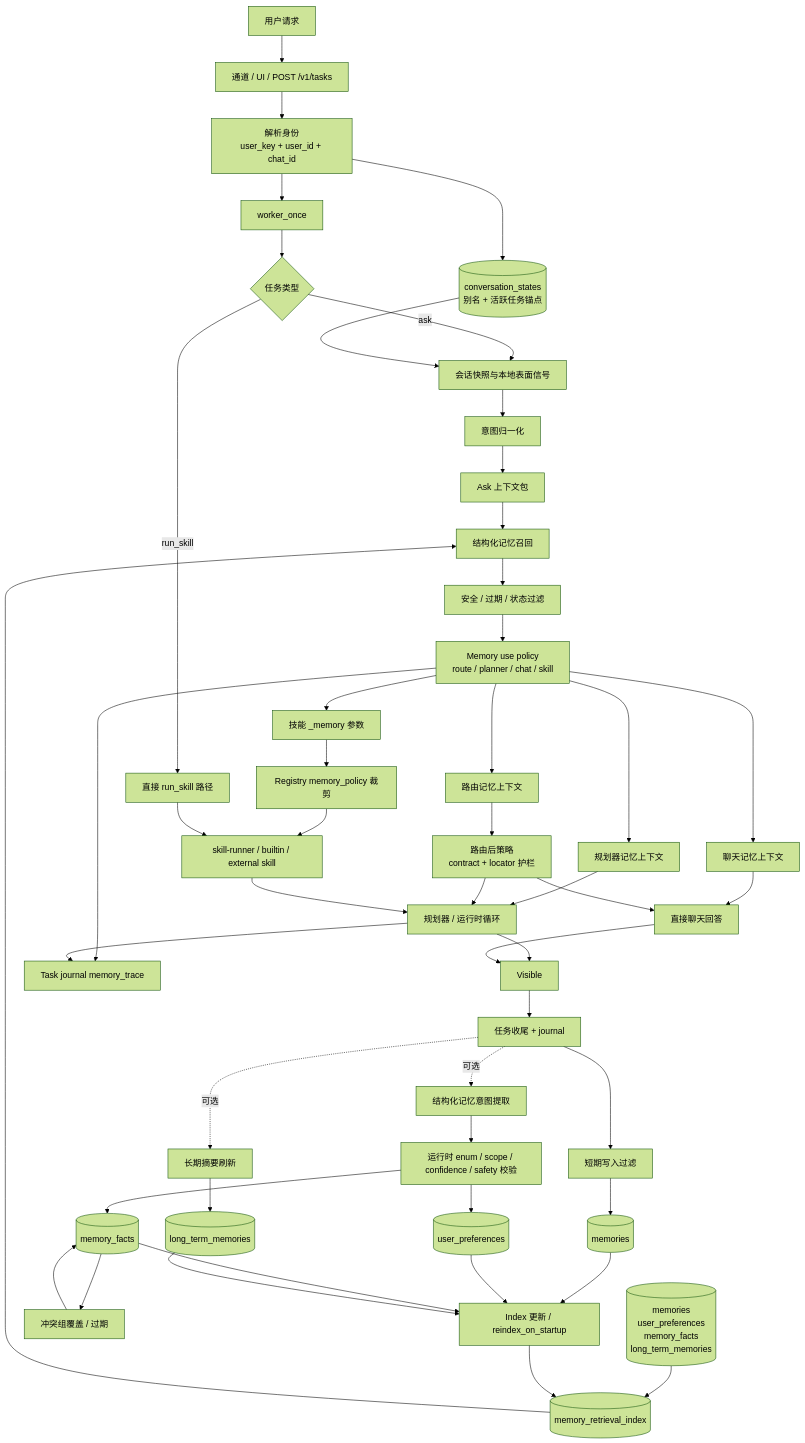
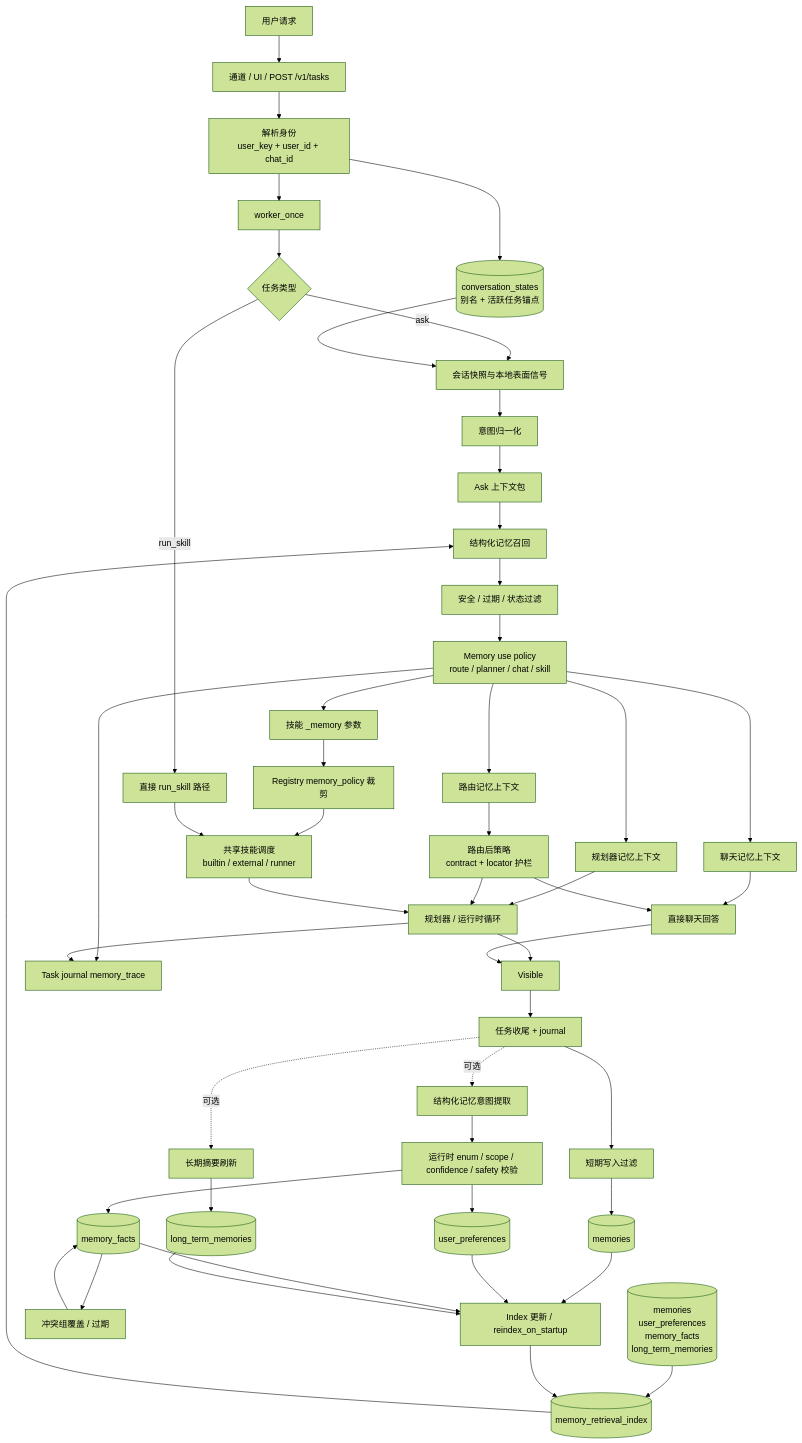
One commit to MatrixCoreX/RustClaw changed the third of 3 diagrams in README.zh-CN.md. Above: the diagram before and after it, drawn with Mermaid (forest theme). The commit also changed other lines of this file and 1 other file, not shown here.

Commit message:
update README architecture flow docs

````diff
--- a/README.zh-CN.md
+++ b/README.zh-CN.md
@@ -313,51 +315,51 @@
 ```mermaid
 flowchart TD
     User[用户请求] --> Ingress[通道 / UI / POST /v1/tasks]
     Ingress --> Identity[解析身份<br/>user_key + user_id + chat_id]
     Identity --> Session[(conversation_states<br/>别名 + 活跃任务锚点)]
     Identity --> Worker[worker_once]
     Worker --> Kind{任务类型}
     Kind -->|run_skill| DirectSkill[直接 run_skill 路径]
     Kind -->|ask| Snapshot[会话快照与本地表面信号]
     Session --> Snapshot
     Snapshot --> Normalizer[意图归一化]
     Normalizer --> Bundle[Ask 上下文包]
     Bundle --> Recall[结构化记忆召回]
     Index[(memory_retrieval_index)] --> Recall
     Stores[(memories<br/>user_preferences<br/>memory_facts<br/>long_term_memories)] --> Index
     Recall --> Safety[安全 / 过期 / 状态过滤]
     Safety --> Policy[Memory use policy<br/>route / planner / chat / skill]
     Policy --> RouteCtx[路由记忆上下文]
     Policy --> PlannerCtx[规划器记忆上下文]
     Policy --> ChatCtx[聊天记忆上下文]
     Policy --> SkillArgs[技能 _memory 参数]
     SkillArgs --> SkillPolicy[Registry memory_policy 裁剪]
     RouteCtx --> PostRoute[路由后策略<br/>contract + locator 护栏]
     PlannerCtx --> Runtime[规划器 / 运行时循环]
     ChatCtx --> Chat[直接聊天回答]
-    SkillPolicy --> SkillRuntime[skill-runner / builtin / external skill]
+    SkillPolicy --> SkillRuntime[共享技能调度<br/>builtin / external / runner]
     PostRoute --> Runtime
     PostRoute --> Chat
     DirectSkill --> SkillRuntime
     SkillRuntime --> Runtime
     Runtime --> Visible
     Chat --> Visible
     Visible --> Finalize[任务收尾 + journal]
     Finalize --> RecentWrite[短期写入过滤]
     RecentWrite --> Memories[(memories)]
     Finalize -. 可选 .-> MemIntent[结构化记忆意图提取]
     MemIntent --> Validate[运行时 enum / scope / confidence / safety 校验]
     Validate --> Prefs[(user_preferences)]
     Validate --> Facts[(memory_facts)]
     Finalize -. 可选 .-> Summary[长期摘要刷新]
     Summary --> LongTerm[(long_term_memories)]
     Facts --> Conflict[冲突组覆盖 / 过期]
     Conflict --> Facts
     Memories --> Reindex[Index 更新 / reindex_on_startup]
     Prefs --> Reindex
     Facts --> Reindex
     LongTerm --> Reindex
     Reindex --> Index
     Policy --> Trace[Task journal memory_trace]
     Runtime --> Trace
 ```
````
